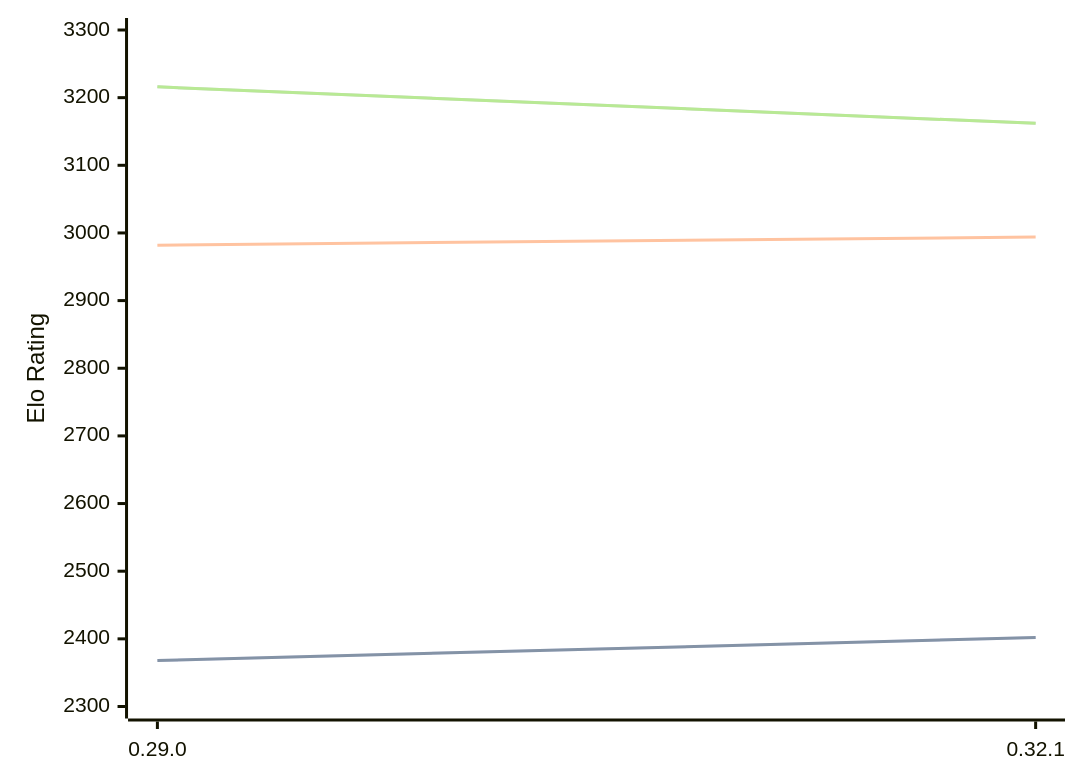
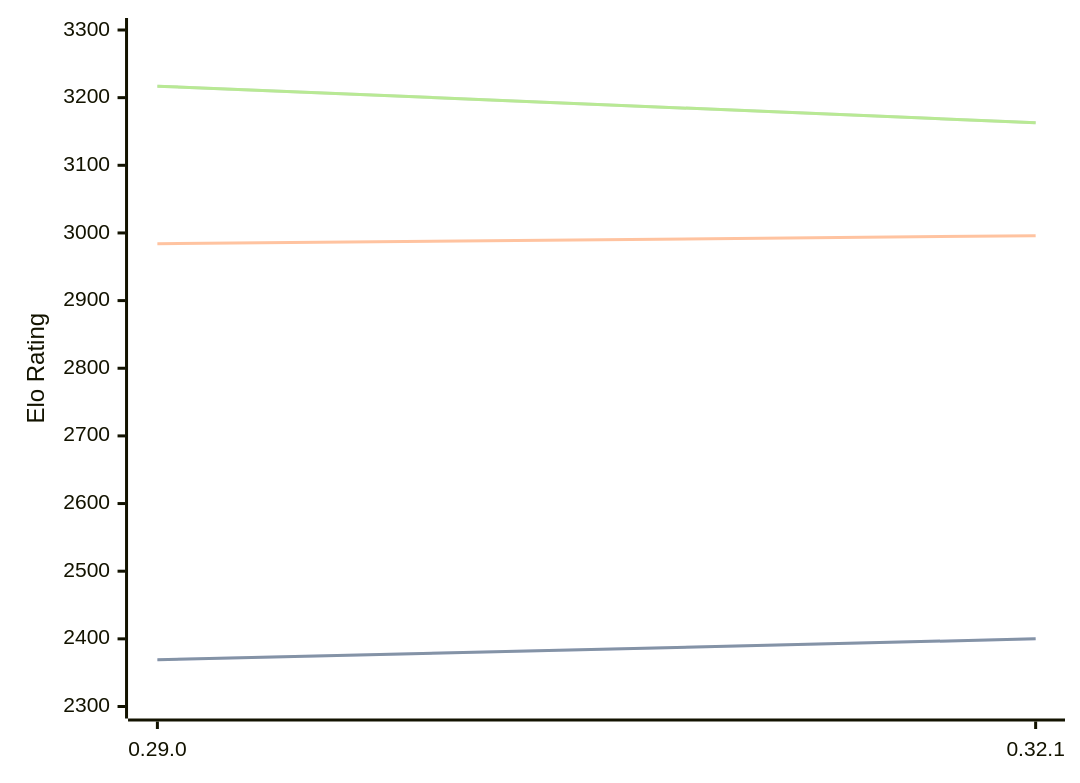
One commit to computer-chess-index/cci changed the third of 3 diagrams in engines/Lc0.md. Above: the diagram before and after it, drawn with Mermaid. The commit also changed other lines of this file, not shown here.

Commit message:
Update CCI Ratings (ELO VLTC) - 2026-06-30

````diff
--- a/engines/Lc0.md
+++ b/engines/Lc0.md
@@ -101,11 +101,11 @@
 ```mermaid
 %%{init: {"theme":"base","themeVariables":{"seriesColors:['#a3a3a3','#222221','#faa371']}}}%%
 xychart-beta
   x-axis ["0.29.0", "0.32.1"]
   y-axis "Elo Rating" 2300 --> 3300
-  line "STC (8.0+0.08s)" [2368, 2402]
-  line "STC (8.0+0.08s)" [2368, 2402]
-  line "LTC (60.0+0.60s)" [2982, 2994]
-  line "VLTC (2m24s+1.12s)" [3216, 3162]
-  line "VLTC (2m24s+1.12s)" [3216, 3162]
+  line "STC (8.0+0.08s)" [2369, 2400]
+  line "STC (8.0+0.08s)" [2369, 2400]
+  line "LTC (60.0+0.60s)" [2984, 2996]
+  line "VLTC (2m24s+1.12s)" [3217, 3163]
+  line "VLTC (2m24s+1.12s)" [3217, 3163]
 ```
````
